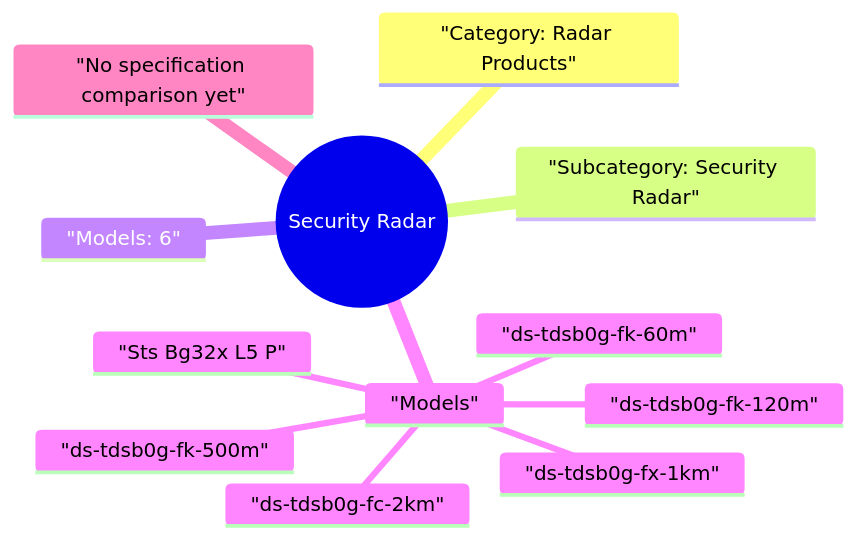
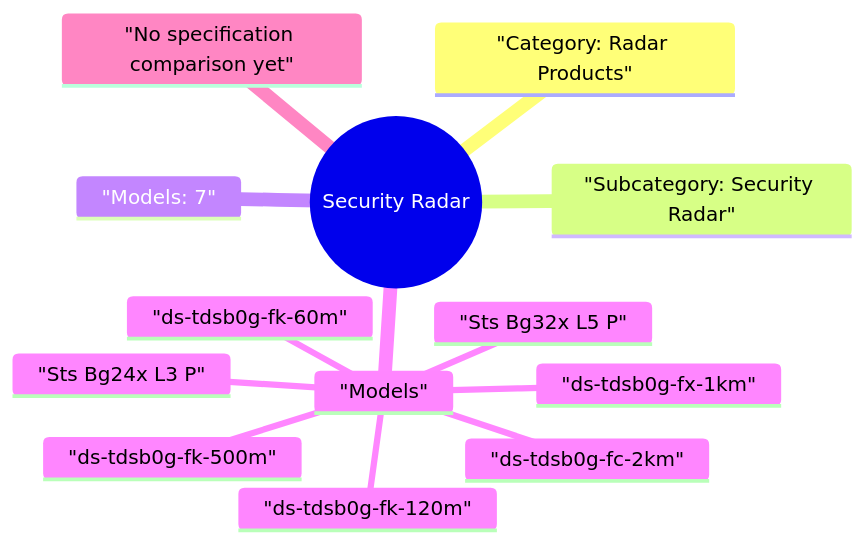
Before and after one commit to 123321step/hikvision-product-map: the diagram in site/mindmaps/en-radar-products-security-radar-security-radar.mmd, drawn with Mermaid. The commit also changed 21 other files, not shown here.

```diff
--- a/site/mindmaps/en-radar-products-security-radar-security-radar.mmd
+++ b/site/mindmaps/en-radar-products-security-radar-security-radar.mmd
@@ -1,13 +1,14 @@
 mindmap
   root(("Security Radar"))
     "Category: Radar Products"
     "Subcategory: Security Radar"
-    "Models: 6"
+    "Models: 7"
     "Models"
       "ds-tdsb0g-fc-2km"
       "ds-tdsb0g-fk-120m"
       "ds-tdsb0g-fk-500m"
       "ds-tdsb0g-fk-60m"
       "ds-tdsb0g-fx-1km"
+      "Sts Bg24x L3 P"
       "Sts Bg32x L5 P"
     "No specification comparison yet"
```
